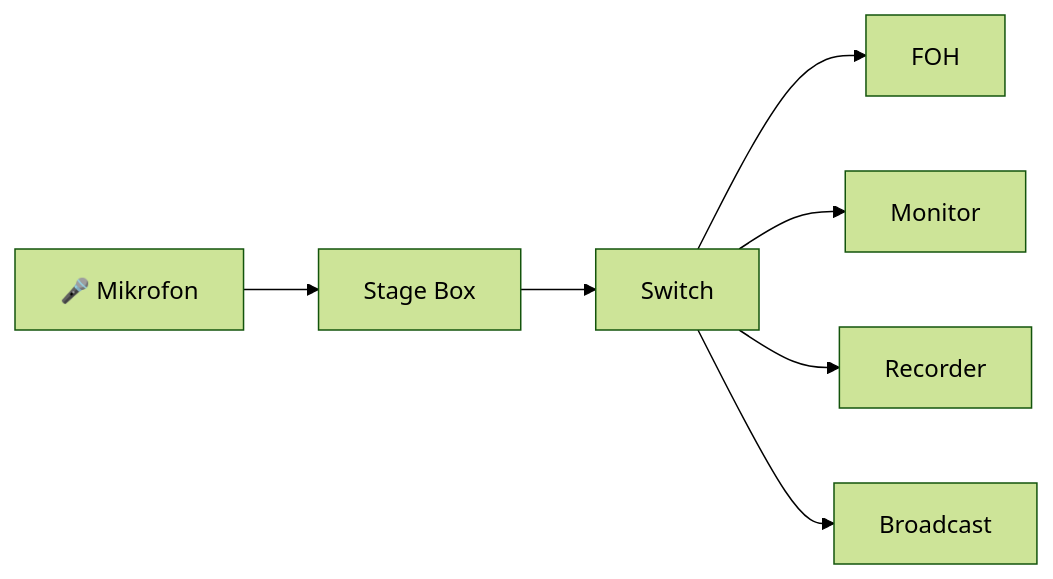
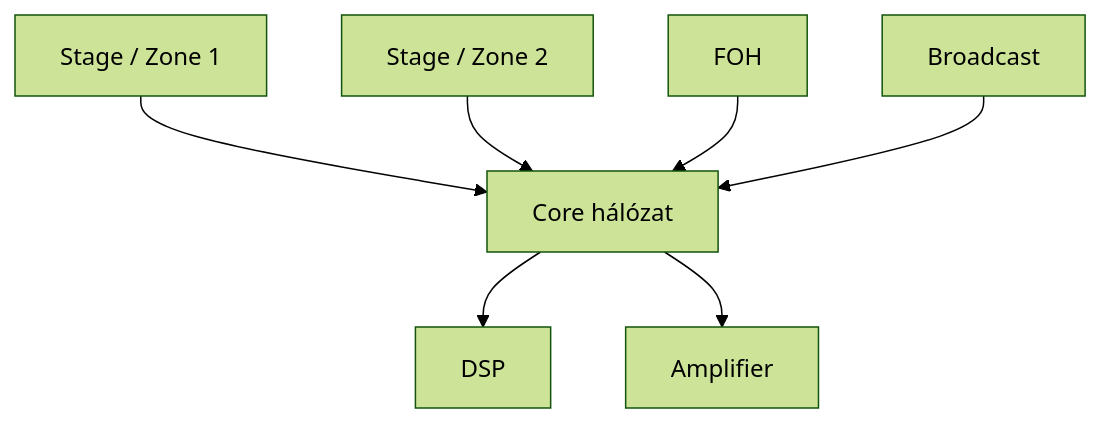
One commit to bogdanpeter/dante changed the seventh of 7 diagrams in chapters/01-mi-a-dante.md. Above: the diagram before and after it, drawn with Mermaid (forest theme). The commit also changed other lines of this file, not shown here.

````diff
--- a/chapters/01-mi-a-dante.md
+++ b/chapters/01-mi-a-dante.md
@@ -1243,25 +1025,17 @@
-```mermaid
-flowchart LR
+``` mermaid
+flowchart TB
+    CORE["Core hálózat"]
+    S1["Stage / Zone 1"]
+    S2["Stage / Zone 2"]
+    FOH["FOH"]
+    BROAD["Broadcast"]
+    DSP["DSP"]
+    AMP["Amplifier"]
 
-Mic["🎤 Mikrofon"]
-
-Stage["Stage Box"]
-
-Switch["Switch"]
-
-FOH["FOH"]
-
-MON["Monitor"]
-
-REC["Recorder"]
-
-TV["Broadcast"]
-
-Mic --> Stage
-Stage --> Switch
-
-Switch --> FOH
-Switch --> MON
-Switch --> REC
-Switch --> TV
+    S1 --> CORE
+    S2 --> CORE
+    FOH --> CORE
+    BROAD --> CORE
+    CORE --> DSP
+    CORE --> AMP
 ```
````
